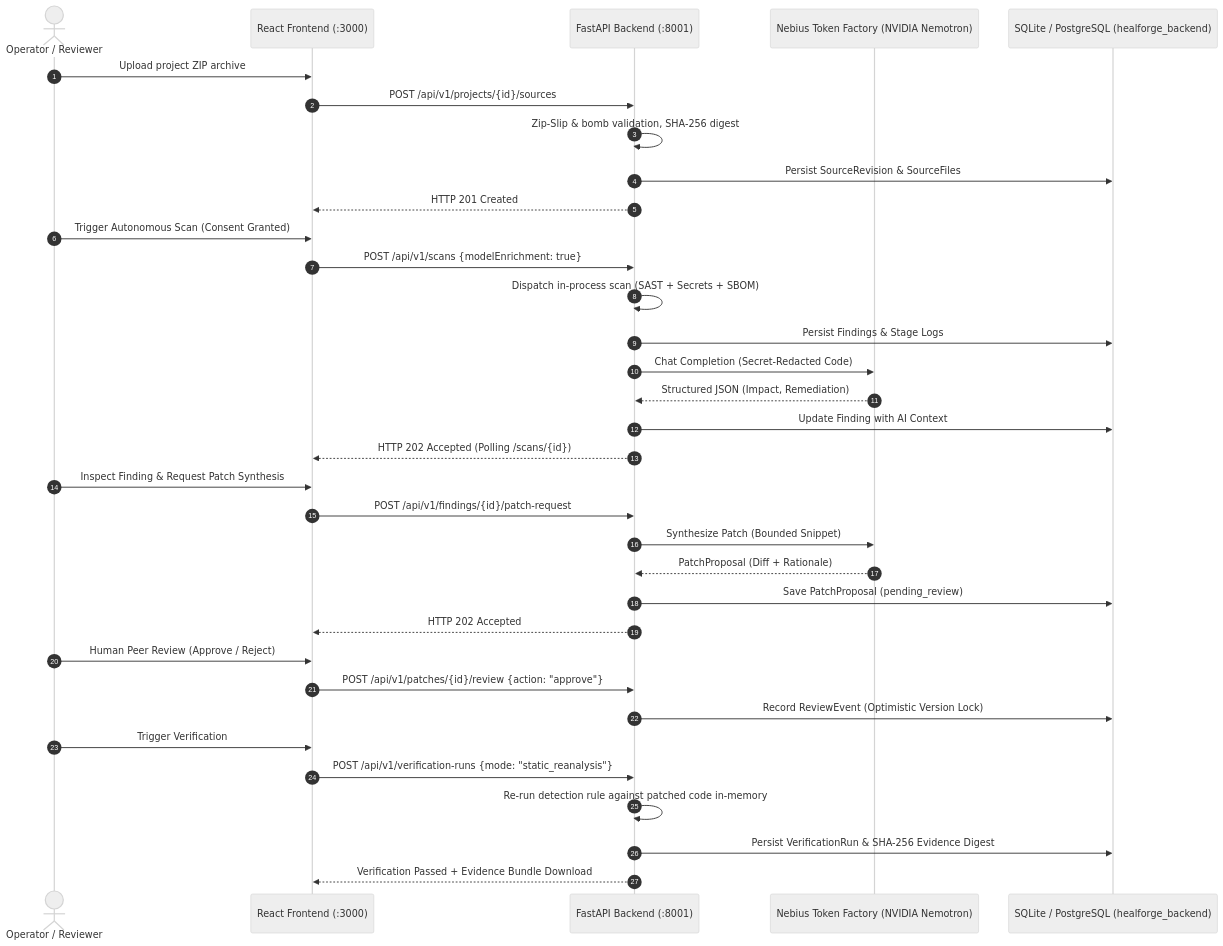
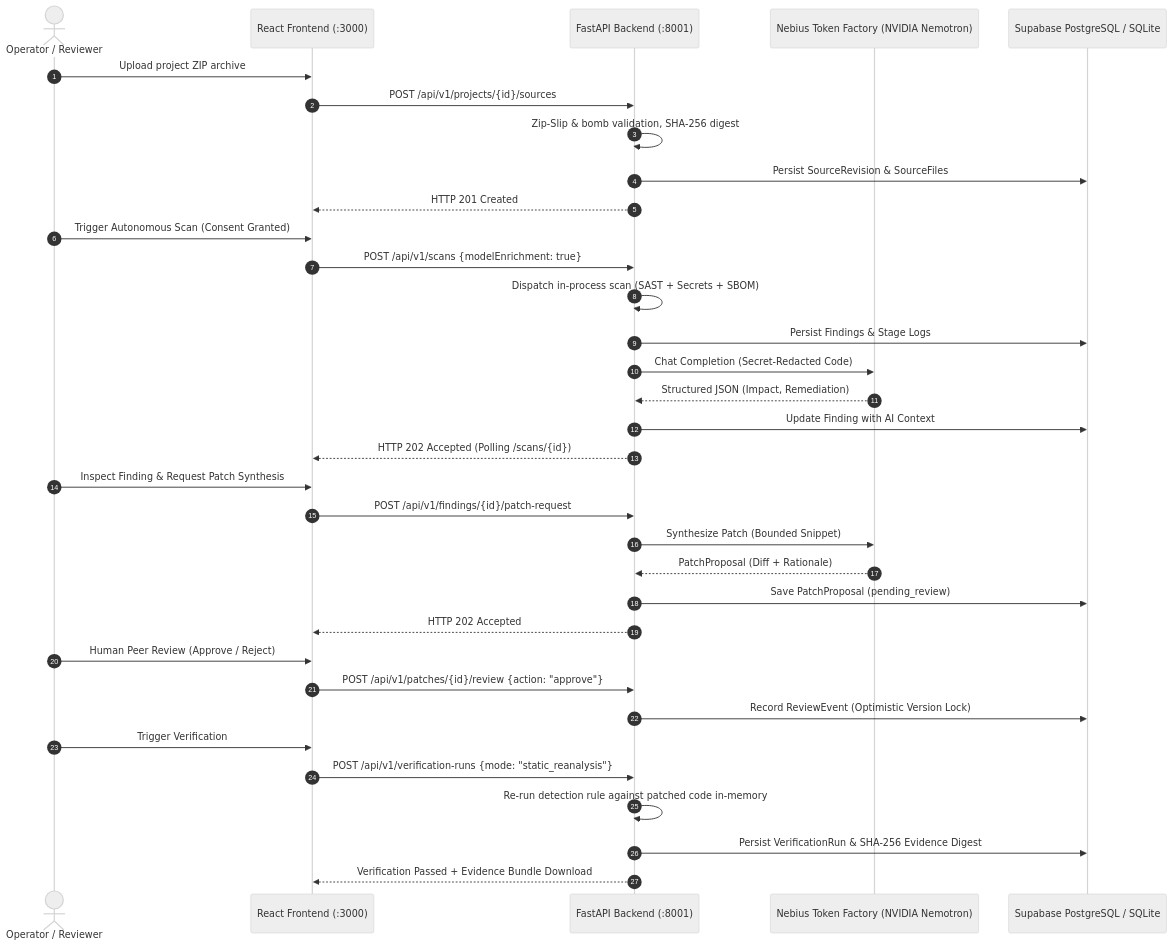
The second of 2 diagrams in README.md (Snowyarn/healforge), drawn with Mermaid (neutral theme) before and after one commit. The commit also changed other lines of this file and 18 other files, not shown here.

First line of the commit message:
feat(supabase): adapt backend to authoritative Supabase schema and enforce migration safety

````diff
--- a/README.md
+++ b/README.md
@@ -133,41 +141,41 @@
 ```mermaid
 sequenceDiagram
     autonumber
     actor User as Operator / Reviewer
     participant FE as React Frontend (:3000)
     participant BE as FastAPI Backend (:8001)
     participant AI as Nebius Token Factory (NVIDIA Nemotron)
-    participant DB as SQLite / PostgreSQL (healforge_backend)
+    participant DB as Supabase PostgreSQL / SQLite
 
     User->>FE: Upload project ZIP archive
     FE->>BE: POST /api/v1/projects/{id}/sources
     BE->>BE: Zip-Slip & bomb validation, SHA-256 digest
     BE->>DB: Persist SourceRevision & SourceFiles
     BE-->>FE: HTTP 201 Created
 
     User->>FE: Trigger Autonomous Scan (Consent Granted)
     FE->>BE: POST /api/v1/scans {modelEnrichment: true}
     BE->>BE: Dispatch in-process scan (SAST + Secrets + SBOM)
     BE->>DB: Persist Findings & Stage Logs
     BE->>AI: Chat Completion (Secret-Redacted Code)
     AI-->>BE: Structured JSON (Impact, Remediation)
     BE->>DB: Update Finding with AI Context
     BE-->>FE: HTTP 202 Accepted (Polling /scans/{id})
 
     User->>FE: Inspect Finding & Request Patch Synthesis
     FE->>BE: POST /api/v1/findings/{id}/patch-request
     BE->>AI: Synthesize Patch (Bounded Snippet)
     AI-->>BE: PatchProposal (Diff + Rationale)
     BE->>DB: Save PatchProposal (pending_review)
     BE-->>FE: HTTP 202 Accepted
 
     User->>FE: Human Peer Review (Approve / Reject)
     FE->>BE: POST /api/v1/patches/{id}/review {action: "approve"}
     BE->>DB: Record ReviewEvent (Optimistic Version Lock)
 
     User->>FE: Trigger Verification
     FE->>BE: POST /api/v1/verification-runs {mode: "static_reanalysis"}
     BE->>BE: Re-run detection rule against patched code in-memory
     BE->>DB: Persist VerificationRun & SHA-256 Evidence Digest
     BE-->>FE: Verification Passed + Evidence Bundle Download
 ```
````
